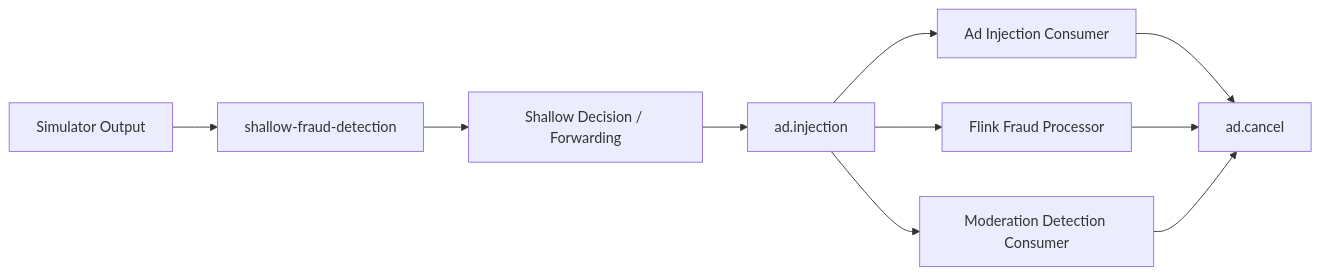
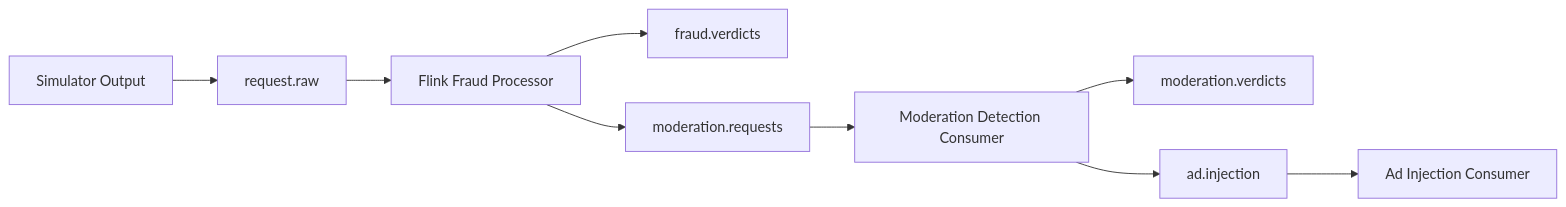
One commit to IamMistake/ai-ad-request-safety-pipeline changed the diagram in docs/kafka_topics.md. Above: the diagram before and after it, drawn with Mermaid. The commit also changed other lines of this file and 45 other files, not shown here.

Commit message:
rework pipeline into sequential fraud moderation flow

````diff
--- a/docs/kafka_topics.md
+++ b/docs/kafka_topics.md
@@ -75,12 +15,11 @@
 ```mermaid
 flowchart LR
-    A[Simulator Output] --> B[shallow-fraud-detection]
-    B --> C[Shallow Decision / Forwarding]
-    C --> D[ad.injection]
-    D --> E[Ad Injection Consumer]
-    D --> F[Flink Fraud Processor]
-    D --> G[Moderation Detection Consumer]
-    E --> H[ad.cancel]
-    F --> H
-    G --> H
+    A[Simulator Output] --> B[request.raw]
+    B --> C[Flink Fraud Processor]
+    C --> D[fraud.verdicts]
+    C --> E[moderation.requests]
+    E --> F[Moderation Detection Consumer]
+    F --> G[moderation.verdicts]
+    F --> H[ad.injection]
+    H --> I[Ad Injection Consumer]
 ```
````
